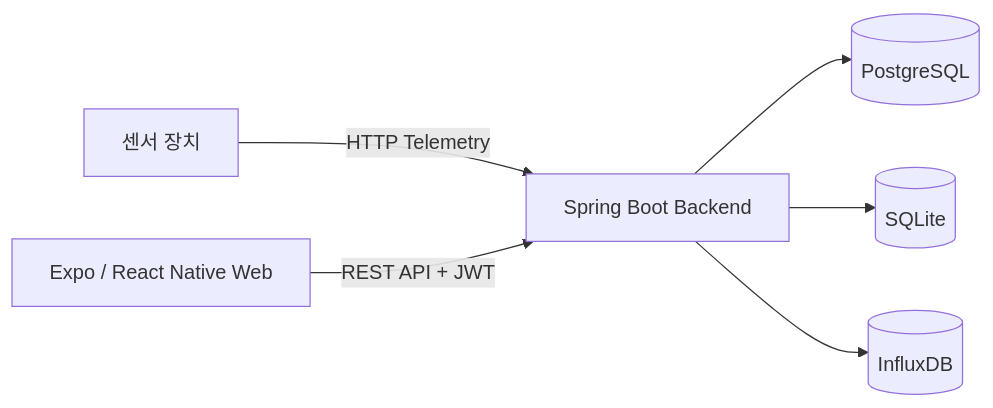
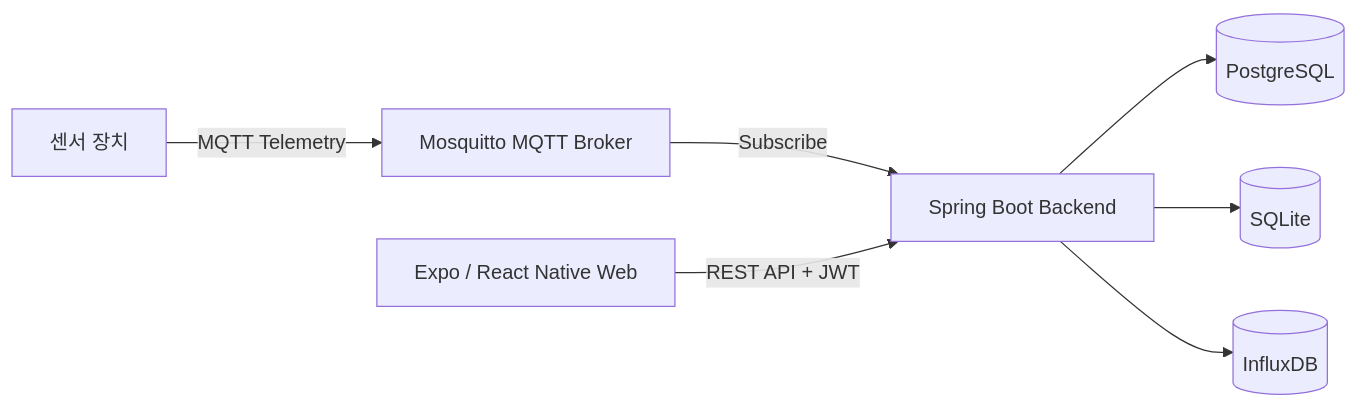
One commit to 7hyunii/pnuai-b-02-terrabyte changed the first of 3 diagrams in README.md. Above: the diagram before and after it, drawn with Mermaid. The commit also changed other lines of this file, not shown here.

````diff
--- a/README.md
+++ b/README.md
@@ -57,8 +71,9 @@
 ```mermaid
 flowchart LR
-    Sensor[센서 장치] -->|HTTP Telemetry| Backend[Spring Boot Backend]
+    Sensor[센서 장치] -->|MQTT Telemetry| Broker[Mosquitto MQTT Broker]
+    Broker -->|Subscribe| Backend[Spring Boot Backend]
     Frontend[Expo / React Native Web] -->|REST API + JWT| Backend
     Backend --> PostgreSQL[(PostgreSQL)]
     Backend --> SQLite[(SQLite)]
     Backend --> InfluxDB[(InfluxDB)]
 ```
````
